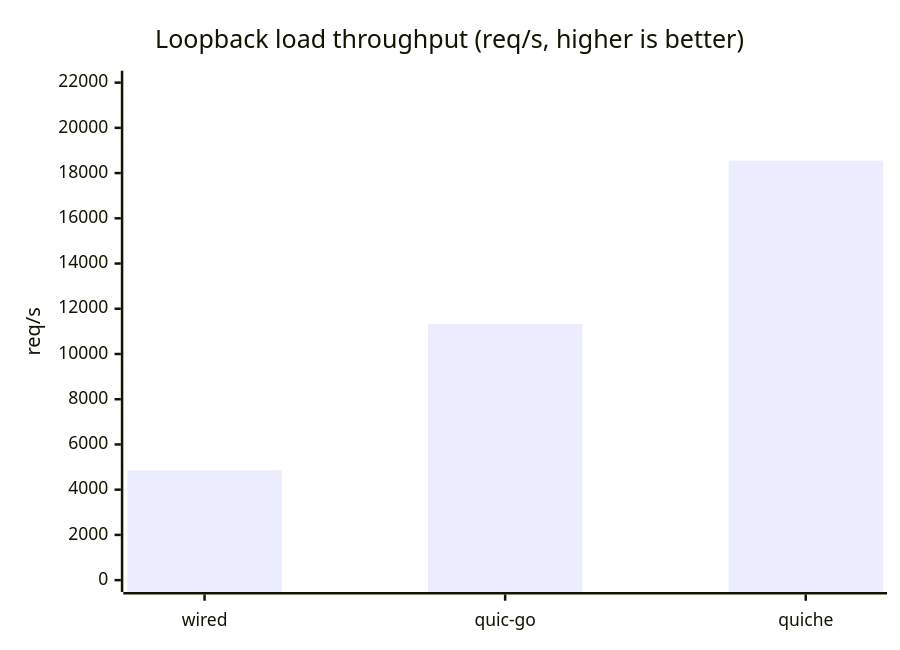
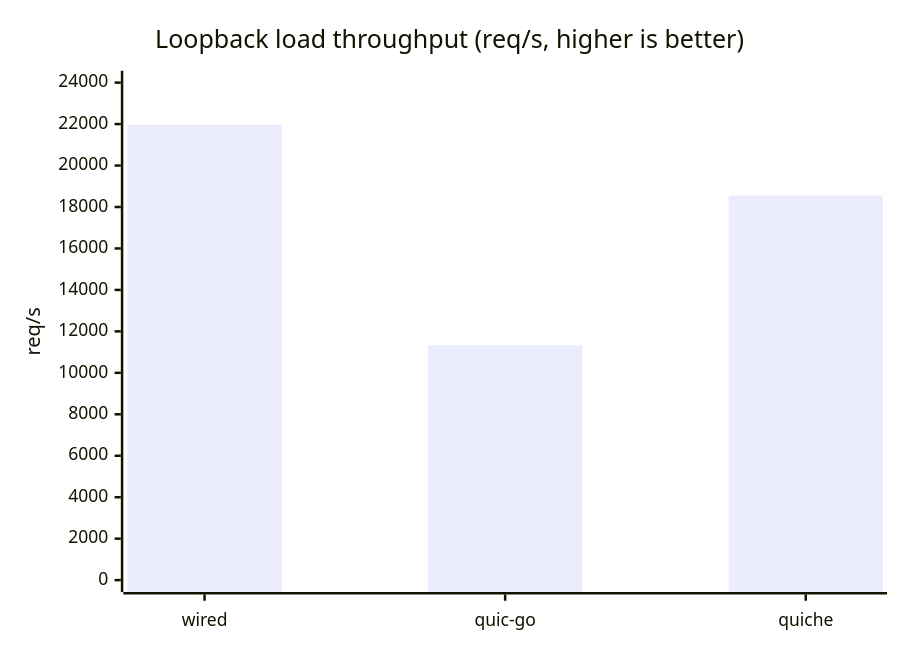
Before and after one commit to Hakkadaikon/wired: the second of 4 diagrams in docs/comparison.md, drawn with Mermaid. The commit also changed other lines of this file, not shown here.

````diff
--- a/docs/comparison.md
+++ b/docs/comparison.md
@@ -127,7 +135,7 @@
 ```mermaid
 xychart-beta
     title "Loopback load throughput (req/s, higher is better)"
     x-axis ["wired", "quic-go", "quiche"]
-    y-axis "req/s" 0 --> 22000
-    bar [4855, 11329, 18550]
+    y-axis "req/s" 0 --> 24000
+    bar [21962, 11329, 18550]
 ```
````
